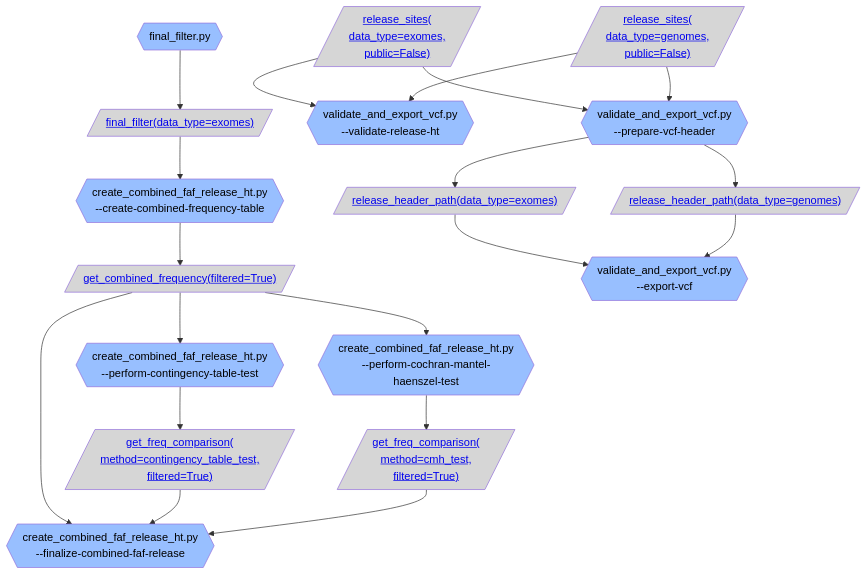
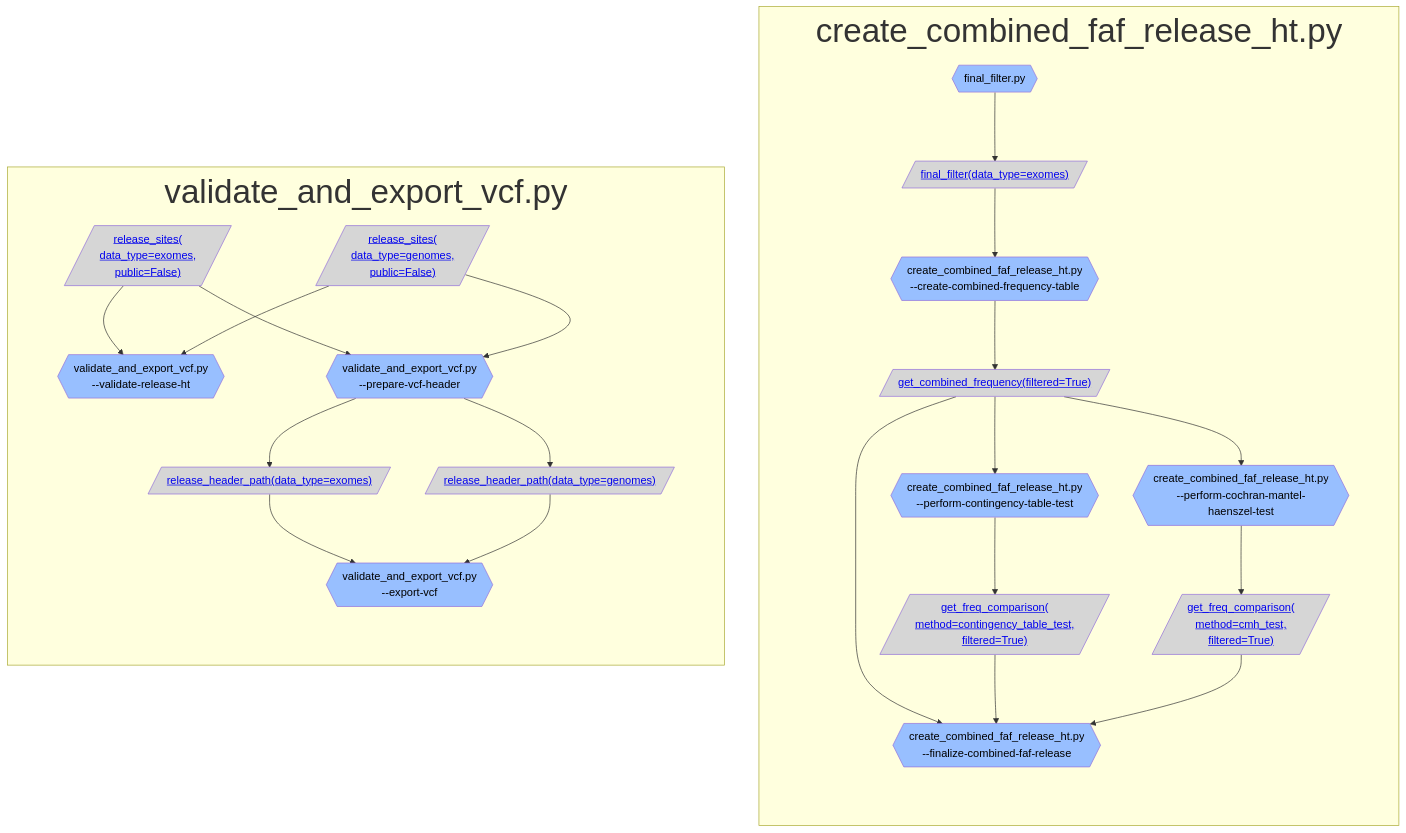
One commit to broadinstitute/gnomad_qc changed the first of 3 diagrams in gnomad_qc/v4/create_release/README.md. Above: the diagram before and after it, drawn with Mermaid. The commit also changed 4 other files, not shown here.

````diff
--- a/gnomad_qc/v4/create_release/README.md
+++ b/gnomad_qc/v4/create_release/README.md
@@ -2,60 +2,71 @@
 ```mermaid
 flowchart TB;
   classDef script_color fill:#2C5D4A,color:#000000
   classDef step_color fill:#98BFFF,color:#000000
   classDef func_color fill:#E0D5E6,color:#000000
   classDef gnomad_methods_color fill:#F9F2CE,color:#000000
   classDef hail_color fill:#FAEACE,color:#000000
   classDef resource_color fill:#D6D6D6,color:#000000
   classDef validity_check_color fill:#2C5D4A,color:#000000
+classDef subgraph_padding fill:none,stroke:none,margin-top:100
 
   step_final_filter.py{{"final_filter.py"}}:::step_color;
   resource_final_filter_data_type_exomes[/"<a href='https://github.com/broadinstitute/gnomad_qc/tree/main/gnomad_qc/v4/resources/variant_qc.py#L285'>final_filter(data_type=exomes)</a>"/]:::resource_color;
   step_create_combined_frequency_table{{"create_combined_faf_release_ht.py
 --create-combined-frequency-table"}}:::step_color;
   resource_get_combined_frequency_filtered_True[/"<a href='https://github.com/broadinstitute/gnomad_qc/tree/main/gnomad_qc/v4/resources/annotations.py#L331'>get_combined_frequency(filtered=True)</a>"/]:::resource_color;
   step_perform_contingency_table_test{{"create_combined_faf_release_ht.py
 --perform-contingency-table-test"}}:::step_color;
   step_finalize_combined_faf_release{{"create_combined_faf_release_ht.py
 --finalize-combined-faf-release"}}:::step_color;
   resource_get_freq_comparison_method_contingency_table_test_filtered_True[/"<a href='https://github.com/broadinstitute/gnomad_qc/tree/main/gnomad_qc/v4/resources/annotations.py#L352'>get_freq_comparison(
 method=contingency_table_test,
 filtered=True)</a>"/]:::resource_color;
   step_perform_cochran_mantel_haenszel_test{{"create_combined_faf_release_ht.py
 --perform-cochran-mantel-haenszel-test"}}:::step_color;
   resource_get_freq_comparison_method_cmh_test_filtered_True[/"<a href='https://github.com/broadinstitute/gnomad_qc/tree/main/gnomad_qc/v4/resources/annotations.py#L352'>get_freq_comparison(
 method=cmh_test,
 filtered=True)</a>"/]:::resource_color;
   resource_release_sites_data_type_exomes_public_False[/"<a href='https://github.com/broadinstitute/gnomad_qc/tree/main/gnomad_qc/v4/resources/release.py#L172'>release_sites(
 data_type=exomes,
 public=False)</a>"/]:::resource_color;
   step_validate_release_ht{{"validate_and_export_vcf.py
 --validate-release-ht"}}:::step_color;
   resource_release_sites_data_type_genomes_public_False[/"<a href='https://github.com/broadinstitute/gnomad_qc/tree/main/gnomad_qc/v4/resources/release.py#L172'>release_sites(
 data_type=genomes,
 public=False)</a>"/]:::resource_color;
   step_prepare_vcf_header{{"validate_and_export_vcf.py
 --prepare-vcf-header"}}:::step_color;
   resource_release_header_path_data_type_exomes[/"<a href='https://github.com/broadinstitute/gnomad_qc/tree/main/gnomad_qc/v4/resources/release.py#L229'>release_header_path(data_type=exomes)</a>"/]:::resource_color;
   step_export_vcf{{"validate_and_export_vcf.py
 --export-vcf"}}:::step_color;
   resource_release_header_path_data_type_genomes[/"<a href='https://github.com/broadinstitute/gnomad_qc/tree/main/gnomad_qc/v4/resources/release.py#L229'>release_header_path(data_type=genomes)</a>"/]:::resource_color;
-  step_final_filter.py --> resource_final_filter_data_type_exomes;
-  resource_final_filter_data_type_exomes --> step_create_combined_frequency_table;
-  step_create_combined_frequency_table --> resource_get_combined_frequency_filtered_True;
-  resource_get_combined_frequency_filtered_True --> step_perform_contingency_table_test;
-  resource_get_combined_frequency_filtered_True --> step_finalize_combined_faf_release;
-  step_perform_contingency_table_test --> resource_get_freq_comparison_method_contingency_table_test_filtered_True;
-  resource_get_freq_comparison_method_contingency_table_test_filtered_True --> step_finalize_combined_faf_release;
-  step_perform_cochran_mantel_haenszel_test --> resource_get_freq_comparison_method_cmh_test_filtered_True;
-  resource_get_freq_comparison_method_cmh_test_filtered_True --> step_finalize_combined_faf_release;
-  resource_get_combined_frequency_filtered_True --> step_perform_cochran_mantel_haenszel_test;
-  resource_release_sites_data_type_exomes_public_False --> step_validate_release_ht;
-  resource_release_sites_data_type_genomes_public_False --> step_validate_release_ht;
-  resource_release_sites_data_type_exomes_public_False --> step_prepare_vcf_header;
-  resource_release_sites_data_type_genomes_public_False --> step_prepare_vcf_header;
-  step_prepare_vcf_header --> resource_release_header_path_data_type_exomes;
-  resource_release_header_path_data_type_exomes --> step_export_vcf;
-  step_prepare_vcf_header --> resource_release_header_path_data_type_genomes;
-  resource_release_header_path_data_type_genomes --> step_export_vcf;
+  subgraph cluster_create_combined_faf_release_ht[<font size=72>create_combined_faf_release_ht.py]
+subgraph cluster_create_combined_faf_release_ht_padding [ ]
+    step_final_filter.py --> resource_final_filter_data_type_exomes;
+    resource_final_filter_data_type_exomes --> step_create_combined_frequency_table;
+    step_create_combined_frequency_table --> resource_get_combined_frequency_filtered_True;
+    resource_get_combined_frequency_filtered_True --> step_perform_contingency_table_test;
+    resource_get_combined_frequency_filtered_True --> step_finalize_combined_faf_release;
+    step_perform_contingency_table_test --> resource_get_freq_comparison_method_contingency_table_test_filtered_True;
+    resource_get_freq_comparison_method_contingency_table_test_filtered_True --> step_finalize_combined_faf_release;
+    step_perform_cochran_mantel_haenszel_test --> resource_get_freq_comparison_method_cmh_test_filtered_True;
+    resource_get_freq_comparison_method_cmh_test_filtered_True --> step_finalize_combined_faf_release;
+    resource_get_combined_frequency_filtered_True --> step_perform_cochran_mantel_haenszel_test;
+  end
+end
+class cluster_create_combined_faf_release_ht_padding subgraph_padding
+  subgraph cluster_validate_and_export_vcf[<font size=72>validate_and_export_vcf.py]
+subgraph cluster_validate_and_export_vcf_padding [ ]
+    resource_release_sites_data_type_exomes_public_False --> step_validate_release_ht;
+    resource_release_sites_data_type_genomes_public_False --> step_validate_release_ht;
+    resource_release_sites_data_type_exomes_public_False --> step_prepare_vcf_header;
+    resource_release_sites_data_type_genomes_public_False --> step_prepare_vcf_header;
+    step_prepare_vcf_header --> resource_release_header_path_data_type_exomes;
+    resource_release_header_path_data_type_exomes --> step_export_vcf;
+    step_prepare_vcf_header --> resource_release_header_path_data_type_genomes;
+    resource_release_header_path_data_type_genomes --> step_export_vcf;
+  end
+end
+class cluster_validate_and_export_vcf_padding subgraph_padding
 ```
````
